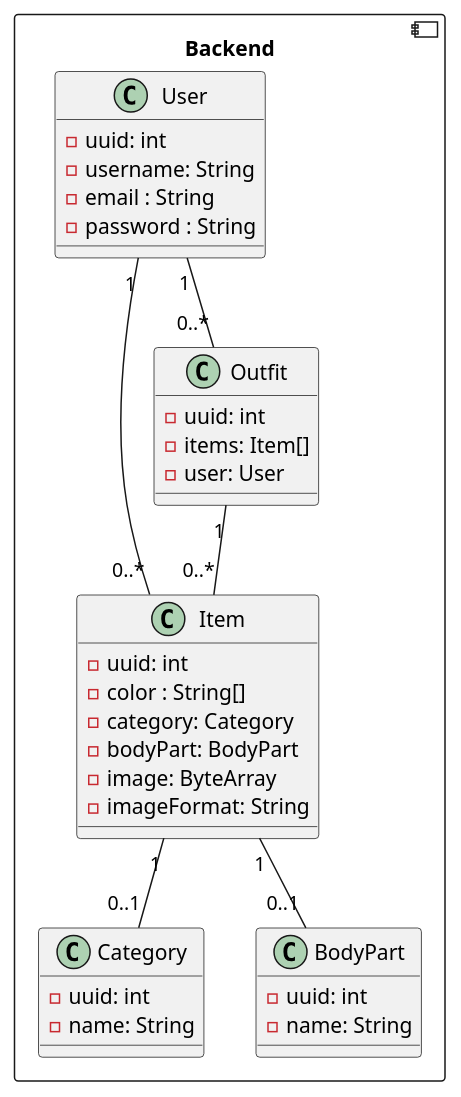
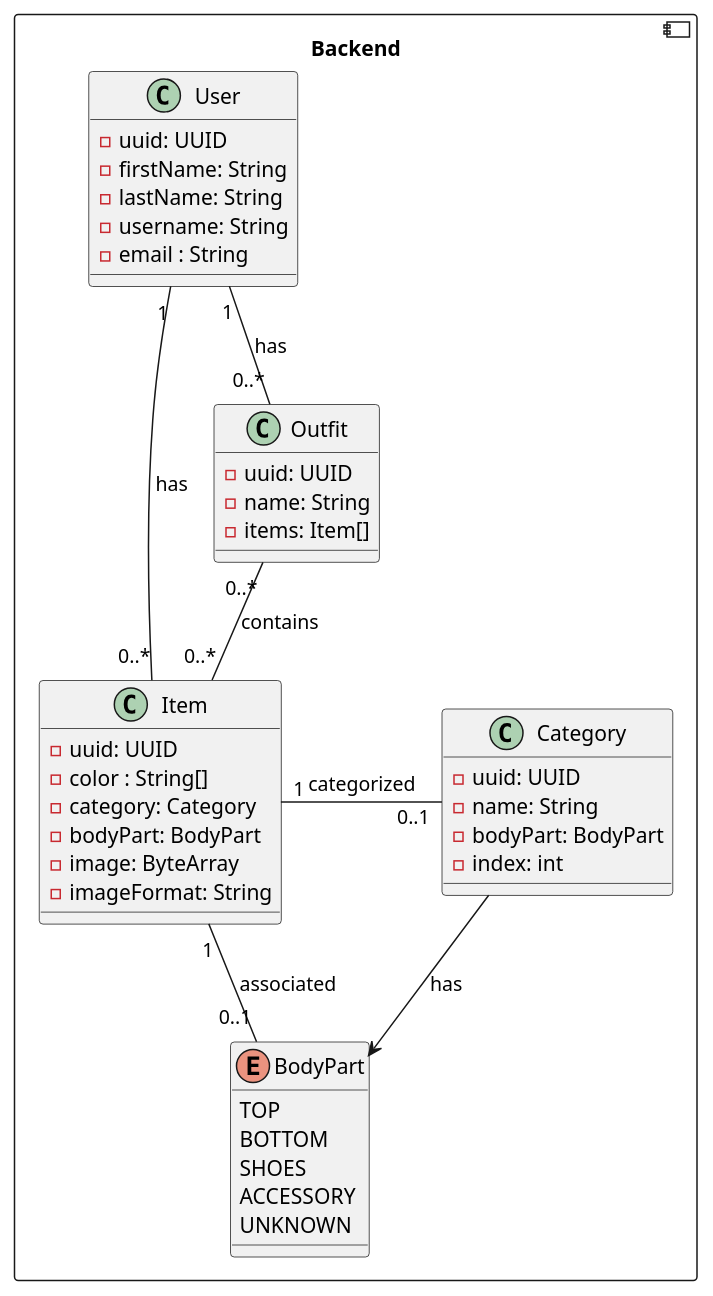
The diagram in diagrams/BackendClassDiagram.puml (aniaxb/Froom), drawn with PlantUML before and after one commit. The commit also changed 8 other files, not shown here.

```diff
--- a/diagrams/BackendClassDiagram.puml
+++ b/diagrams/BackendClassDiagram.puml
@@ -1,44 +1,51 @@
 @startuml
 
 component Backend {
 
     class User {
-        - uuid: int
+        - uuid: UUID
+        - firstName: String
+        - lastName: String
         - username: String
         - email : String
-        - password : String
+    }
+
+    class Outfit {
+        - uuid: UUID
+        - name: String
+        - items: Item[]
     }
 
     class Item {
-        - uuid: int
+        - uuid: UUID
         - color : String[]
         - category: Category
         - bodyPart: BodyPart
         - image: ByteArray
         - imageFormat: String
     }
 
     class Category {
-        - uuid: int
+        - uuid: UUID
         - name: String
+        - bodyPart: BodyPart
+        - index: int
     }
 
-    class BodyPart {
-        - uuid: int
-        - name: String
+    enum BodyPart {
+        TOP
+        BOTTOM
+        SHOES
+        ACCESSORY
+        UNKNOWN
     }
 
-    class Outfit {
-        - uuid: int
-        - items: Item[]
-        - user: User
-    }
-
-    User "1" -- "0..*" Outfit
-    Outfit "1" -- "0..*" Item
-    User "1" -- "0..*" Item
-    Item "1" -- "0..1" Category
-    Item "1" -- "0..1" BodyPart
+    User "1" -down- "0..*" Outfit : has
+    User "1" -down- "0..*" Item : has
+    Outfit "0..*" -down- "0..*" Item : contains
+    Item "1" -right- "0..1" Category : categorized
+    Item "1" -right- "0..1" BodyPart : associated
+    Category -down-> BodyPart : has
 }
 
 @enduml
```
